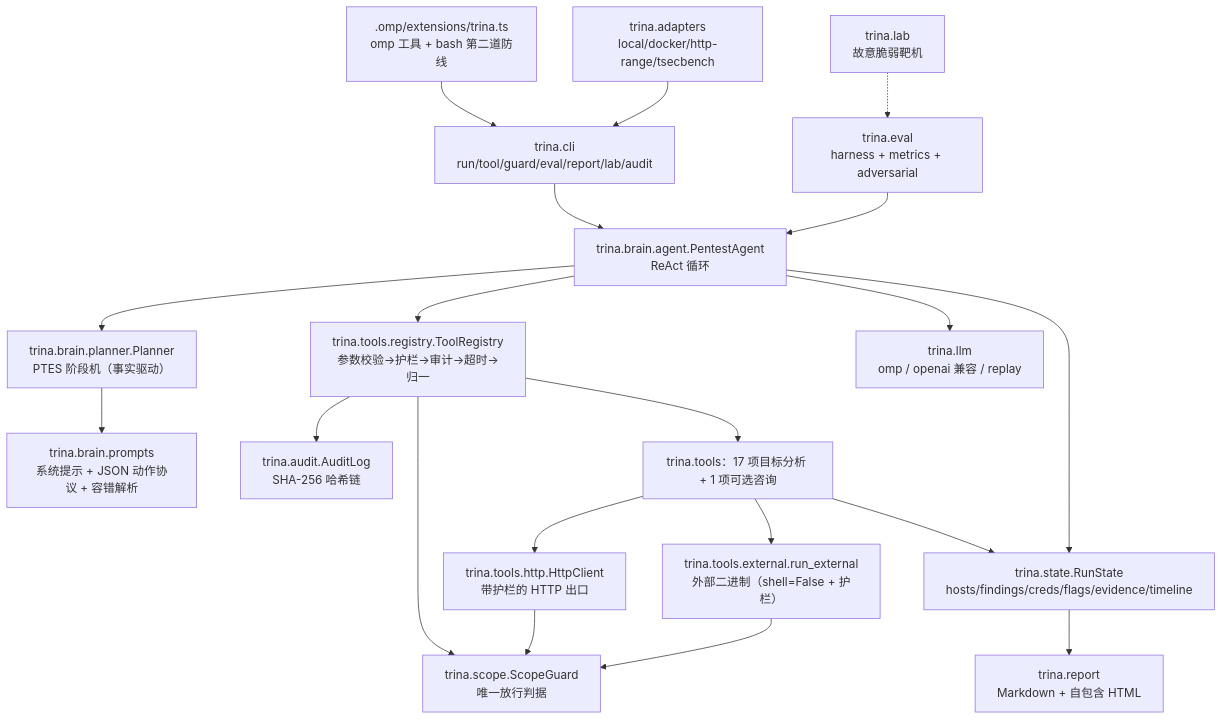
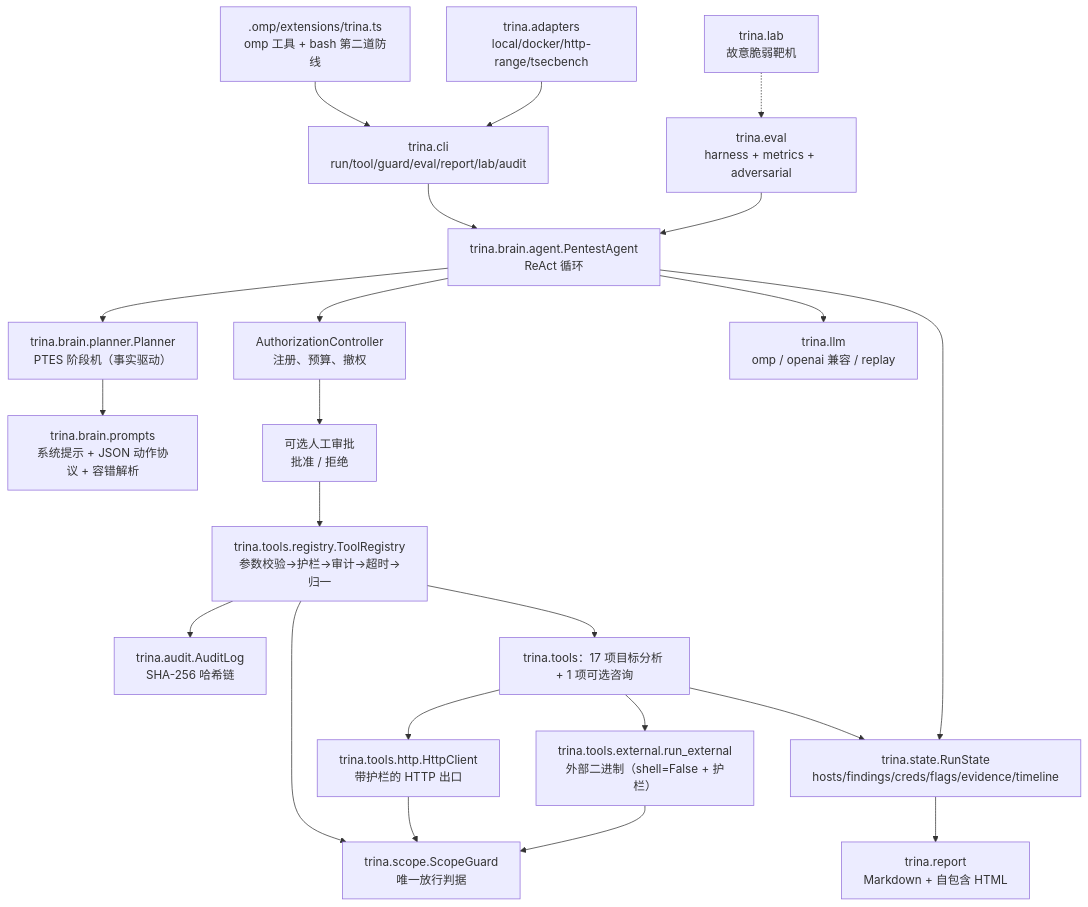
One commit to YHalo-wyh/Trina changed the diagram in docs/ARCHITECTURE.md. Above: the diagram before and after it, drawn with Mermaid. The commit also changed other lines of this file and 15 other files, not shown here.

````diff
--- a/docs/ARCHITECTURE.md
+++ b/docs/ARCHITECTURE.md
@@ -5,37 +7,39 @@
 ```mermaid
 flowchart TB
     CLI["trina.cli<br/>run/tool/guard/eval/report/lab/audit"]
     OMPEXT[".omp/extensions/trina.ts<br/>omp 工具 + bash 第二道防线"]
     AGENT["trina.brain.agent.PentestAgent<br/>ReAct 循环"]
     PLANNER["trina.brain.planner.Planner<br/>PTES 阶段机（事实驱动）"]
     PROMPTS["trina.brain.prompts<br/>系统提示 + JSON 动作协议 + 容错解析"]
+    POLICY["AuthorizationController<br/>注册、预算、撤权"]
+    APPROVAL["可选人工审批<br/>批准 / 拒绝"]
     REG["trina.tools.registry.ToolRegistry<br/>参数校验→护栏→审计→超时→归一"]
     GUARD["trina.scope.ScopeGuard<br/>唯一放行判据"]
     AUDIT["trina.audit.AuditLog<br/>SHA-256 哈希链"]
     STATE["trina.state.RunState<br/>hosts/findings/creds/flags/evidence/timeline"]
     TOOLS["trina.tools：17 项目标分析 + 1 项可选咨询"]
     HTTP["trina.tools.http.HttpClient<br/>带护栏的 HTTP 出口"]
     EXT["trina.tools.external.run_external<br/>外部二进制（shell=False + 护栏）"]
     LLM["trina.llm<br/>omp / openai 兼容 / replay"]
     ADAPT["trina.adapters<br/>local/docker/http-range/tsecbench"]
     EVAL["trina.eval<br/>harness + metrics + adversarial"]
     LAB["trina.lab<br/>故意脆弱靶机"]
     REPORT["trina.report<br/>Markdown + 自包含 HTML"]
 
     CLI --> AGENT
     OMPEXT --> CLI
     AGENT --> PLANNER --> PROMPTS
     AGENT --> LLM
-    AGENT --> REG
+    AGENT --> POLICY --> APPROVAL --> REG
     REG --> GUARD
     REG --> AUDIT
     REG --> TOOLS
     TOOLS --> HTTP --> GUARD
     TOOLS --> EXT --> GUARD
     TOOLS --> STATE
     AGENT --> STATE
     STATE --> REPORT
     ADAPT --> CLI
     EVAL --> AGENT
     LAB -.-> EVAL
 ```
````
